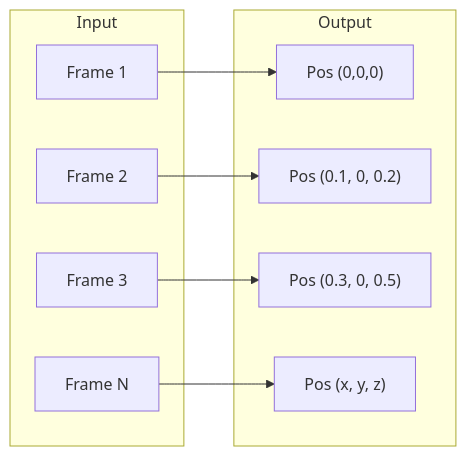
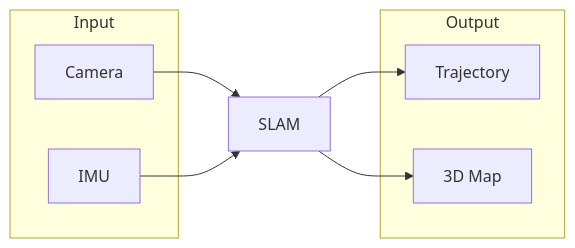
The first of 10 diagrams in README.md (robertteleng/aria-slam), drawn with Mermaid before and after one commit. The commit also changed other lines of this file and 2 other files, not shown here.

Commit message:
feat: update README for SLAM system and enhance main.cpp visualization

````diff
--- a/README.md
+++ b/README.md
@@ -43,21 +57,17 @@
 ```mermaid
 flowchart LR
     subgraph Input
-        F1[Frame 1]
-        F2[Frame 2]
-        F3[Frame 3]
-        FN[Frame N]
+        C[Camera]
+        I[IMU]
     end
     
     subgraph Output
-        P1["Pos (0,0,0)"]
-        P2["Pos (0.1, 0, 0.2)"]
-        P3["Pos (0.3, 0, 0.5)"]
-        PN["Pos (x, y, z)"]
+        T[Trajectory]
+        M[3D Map]
     end
     
-    F1 --> P1
-    F2 --> P2
-    F3 --> P3
-    FN --> PN
+    C --> SLAM
+    I --> SLAM
+    SLAM --> T
+    SLAM --> M
 ```
````
